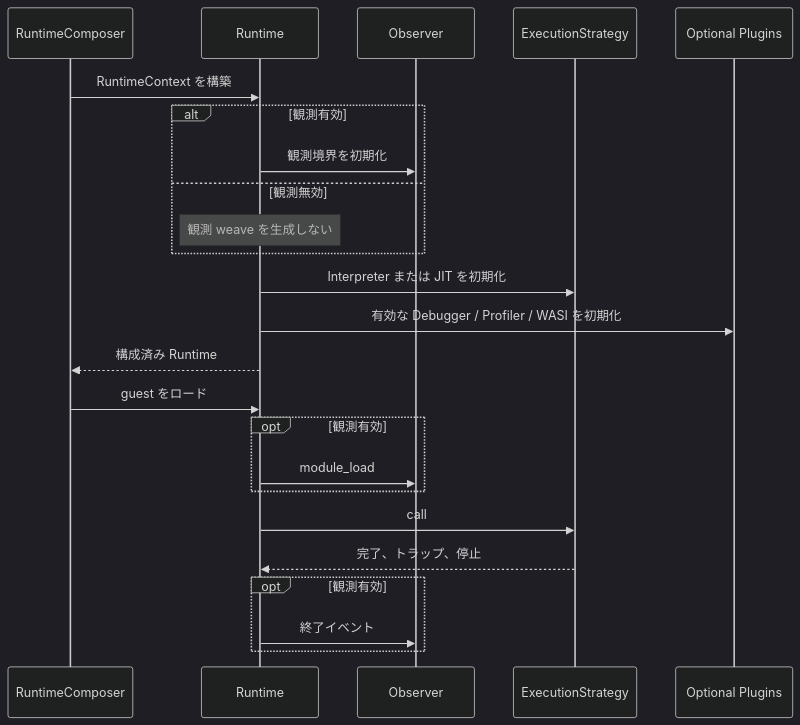
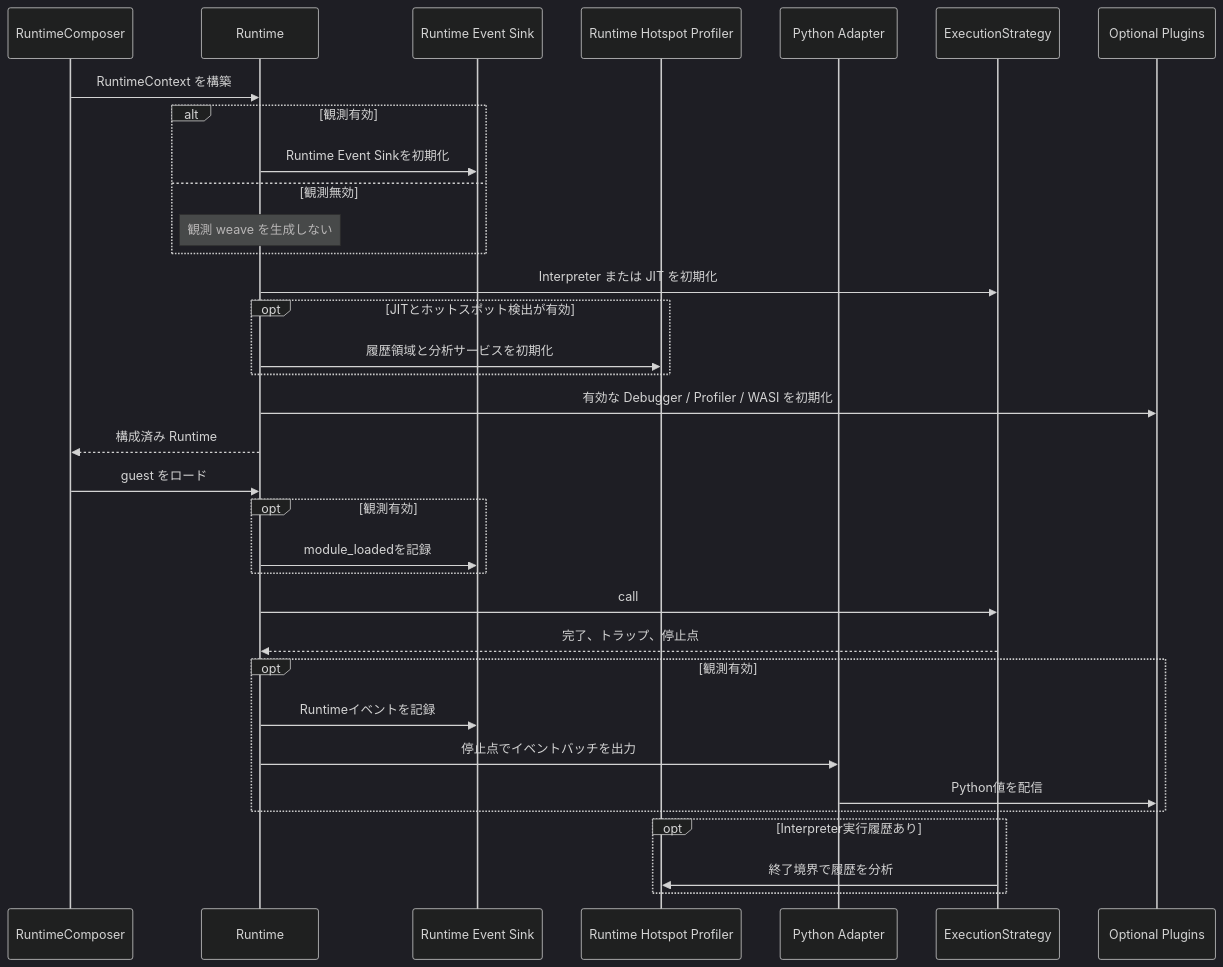
The second of 2 diagrams in docs/components/tier2_runtime/runtime_plugin_architecture.md (kmt-t/fireball), drawn with Mermaid (dark theme) before and after one commit. The commit also changed other lines of this file and 75 other files, not shown here.

````diff
--- a/docs/components/tier2_runtime/runtime_plugin_architecture.md
+++ b/docs/components/tier2_runtime/runtime_plugin_architecture.md
@@ -86,26 +91,36 @@
 ```mermaid
 sequenceDiagram
     participant C as RuntimeComposer
     participant R as Runtime
-    participant O as Observer
+    participant O as Runtime Event Sink
+    participant H as Runtime Hotspot Profiler
+    participant A as Python Adapter
     participant E as ExecutionStrategy
     participant P as Optional Plugins
     C->>R: RuntimeContext を構築
     alt 観測有効
-        R->>O: 観測境界を初期化
+        R->>O: Runtime Event Sinkを初期化
     else 観測無効
         Note over R: 観測 weave を生成しない
     end
     R->>E: Interpreter または JIT を初期化
+    opt JITとホットスポット検出が有効
+        R->>H: 履歴領域と分析サービスを初期化
+    end
     R->>P: 有効な Debugger / Profiler / WASI を初期化
     R-->>C: 構成済み Runtime
     C->>R: guest をロード
     opt 観測有効
-        R->>O: module_load
+        R->>O: module_loadedを記録
     end
     R->>E: call
-    E-->>R: 完了、トラップ、停止
+    E-->>R: 完了、トラップ、停止点
     opt 観測有効
-        R->>O: 終了イベント
+        R->>O: Runtimeイベントを記録
+        R->>A: 停止点でイベントバッチを出力
+        A->>P: Python値を配信
+    end
+    opt Interpreter実行履歴あり
+        E->>H: 終了境界で履歴を分析
     end
 ```
````
